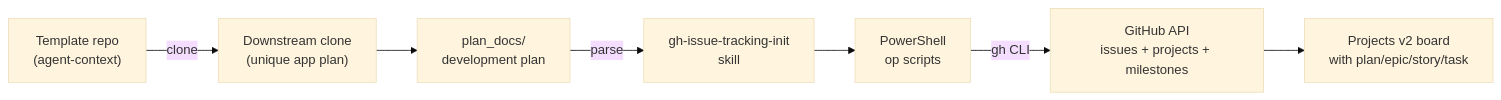
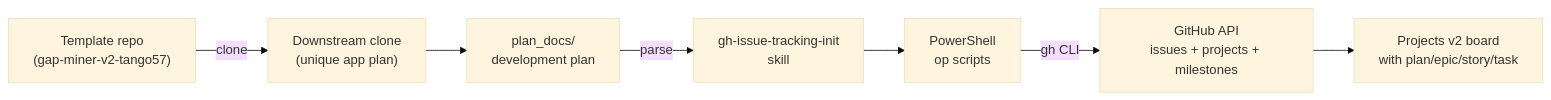
Before and after one commit to nam20485/gap-miner-v2-tango57: the second of 3 diagrams in droid-wiki/overview/architecture.md, drawn with Mermaid (base theme). The commit also changed other lines of this file and 37 other files, not shown here.

Commit message:
Seed gap-miner-v2-tango57 from template with plan docs and placeholder replacements

````diff
--- a/droid-wiki/overview/architecture.md
+++ b/droid-wiki/overview/architecture.md
@@ -42,17 +42,17 @@
 ```mermaid
 graph LR
-    Template["Template repo<br/>(agent-context)"]
+    Template["Template repo<br/>(gap-miner-v2-tango57)"]
     Clone["Downstream clone<br/>(unique app plan)"]
     PlanDoc["plan_docs/<br/>development plan"]
     Skill["gh-issue-tracking-init<br/>skill"]
     Scripts["PowerShell<br/>op scripts"]
     GitHubAPI["GitHub API<br/>issues + projects + milestones"]
     Board["Projects v2 board<br/>with plan/epic/story/task"]
 
     Template -->|"clone"| Clone
     Clone --> PlanDoc
     PlanDoc -->|"parse"| Skill
     Skill --> Scripts
     Scripts -->|"gh CLI"| GitHubAPI
     GitHubAPI --> Board
 ```
````
